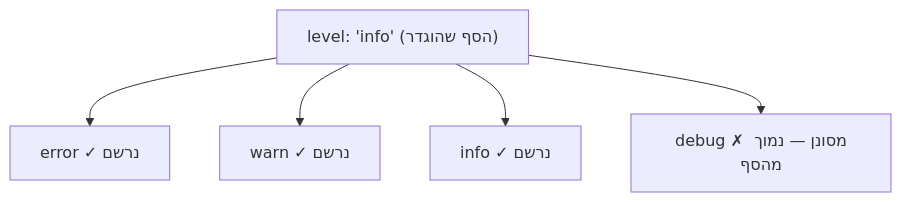
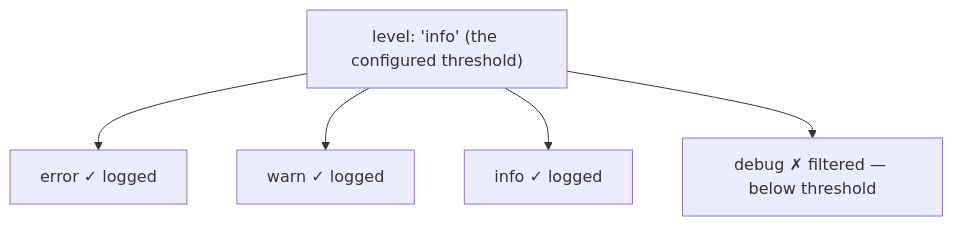
Before and after one commit to neriyaMalachi/FullStack_kodkode_5: the diagram in content/docs/additions/38-logging-content.md, drawn with Mermaid. The commit also changed other lines of this file and 117 other files, not shown here.

````diff
--- a/content/docs/additions/38-logging-content.md
+++ b/content/docs/additions/38-logging-content.md
@@ -49,8 +49,8 @@
 ```mermaid
 flowchart TD
-    L["level: 'info' (הסף שהוגדר)"]
-    L --> E["error ✓ נרשם"]
-    L --> W["warn ✓ נרשם"]
-    L --> I["info ✓ נרשם"]
-    L --> D["debug ✗ מסונן — נמוך מהסף"]
+    L["level: 'info' (the configured threshold)"]
+    L --> E["error ✓ logged"]
+    L --> W["warn ✓ logged"]
+    L --> I["info ✓ logged"]
+    L --> D["debug ✗ filtered — below threshold"]
 ```
````
